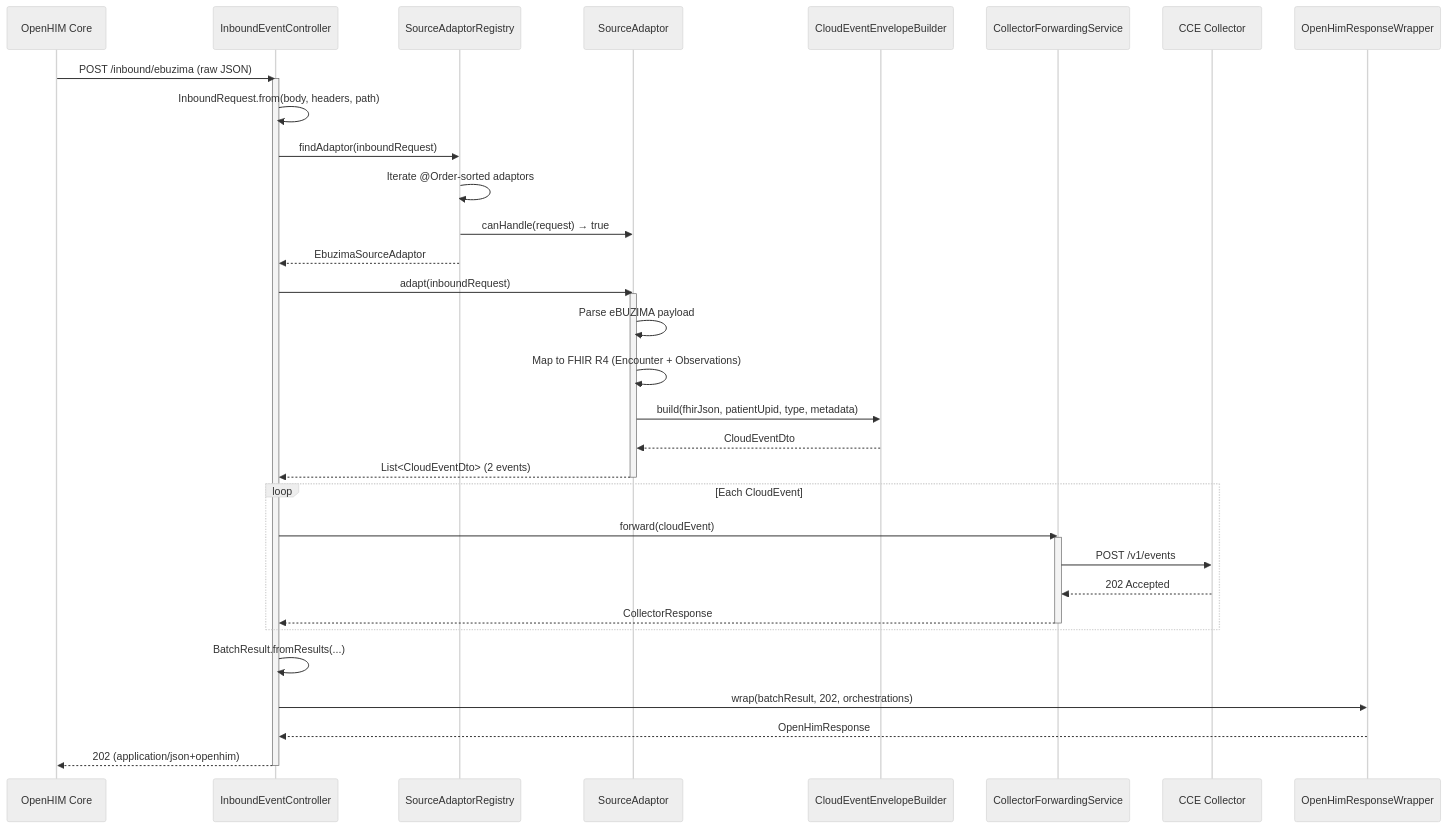
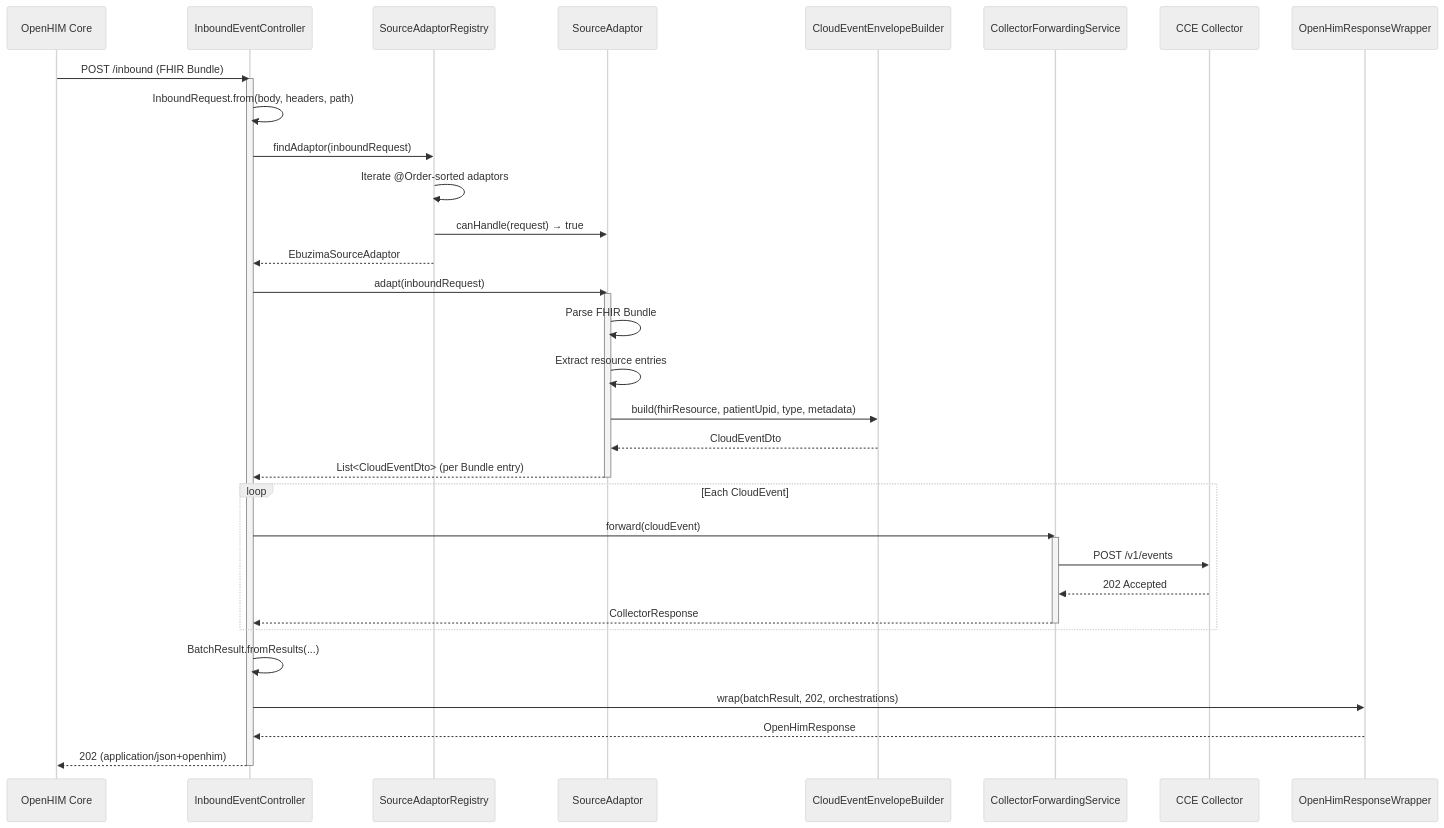
The second of 8 diagrams in docs/flow-diagrams.md (Jayaprakash8887/openhim-cce-emitter-adaptor), drawn with Mermaid (neutral theme) before and after one commit. The commit also changed other lines of this file and 5 other files, not shown here.

First line of the commit message:
Address PR feedback: FHIR Bundle input, generic endpoint, no mapping

````diff
--- a/docs/flow-diagrams.md
+++ b/docs/flow-diagrams.md
@@ -47,46 +47,46 @@
 ```mermaid
 sequenceDiagram
     participant OHC as OpenHIM Core
     participant Ctrl as InboundEventController
     participant Reg as SourceAdaptorRegistry
     participant SA as SourceAdaptor
     participant CE as CloudEventEnvelopeBuilder
     participant Fwd as CollectorForwardingService
     participant Col as CCE Collector
     participant Wrap as OpenHimResponseWrapper
 
-    OHC->>Ctrl: POST /inbound/ebuzima (raw JSON)
+    OHC->>Ctrl: POST /inbound (FHIR Bundle)
     activate Ctrl
 
     Ctrl->>Ctrl: InboundRequest.from(body, headers, path)
 
     Ctrl->>Reg: findAdaptor(inboundRequest)
     Reg->>Reg: Iterate @Order-sorted adaptors
     Reg->>SA: canHandle(request) → true
     Reg-->>Ctrl: EbuzimaSourceAdaptor
 
     Ctrl->>SA: adapt(inboundRequest)
     activate SA
-    SA->>SA: Parse eBUZIMA payload
-    SA->>SA: Map to FHIR R4 (Encounter + Observations)
-    SA->>CE: build(fhirJson, patientUpid, type, metadata)
+    SA->>SA: Parse FHIR Bundle
+    SA->>SA: Extract resource entries
+    SA->>CE: build(fhirResource, patientUpid, type, metadata)
     CE-->>SA: CloudEventDto
-    SA-->>Ctrl: List<CloudEventDto> (2 events)
+    SA-->>Ctrl: List<CloudEventDto> (per Bundle entry)
     deactivate SA
 
     loop Each CloudEvent
         Ctrl->>Fwd: forward(cloudEvent)
         activate Fwd
         Fwd->>Col: POST /v1/events
         Col-->>Fwd: 202 Accepted
         Fwd-->>Ctrl: CollectorResponse
         deactivate Fwd
     end
 
     Ctrl->>Ctrl: BatchResult.fromResults(...)
     Ctrl->>Wrap: wrap(batchResult, 202, orchestrations)
     Wrap-->>Ctrl: OpenHimResponse
 
     Ctrl-->>OHC: 202 (application/json+openhim)
     deactivate Ctrl
 ```
````
